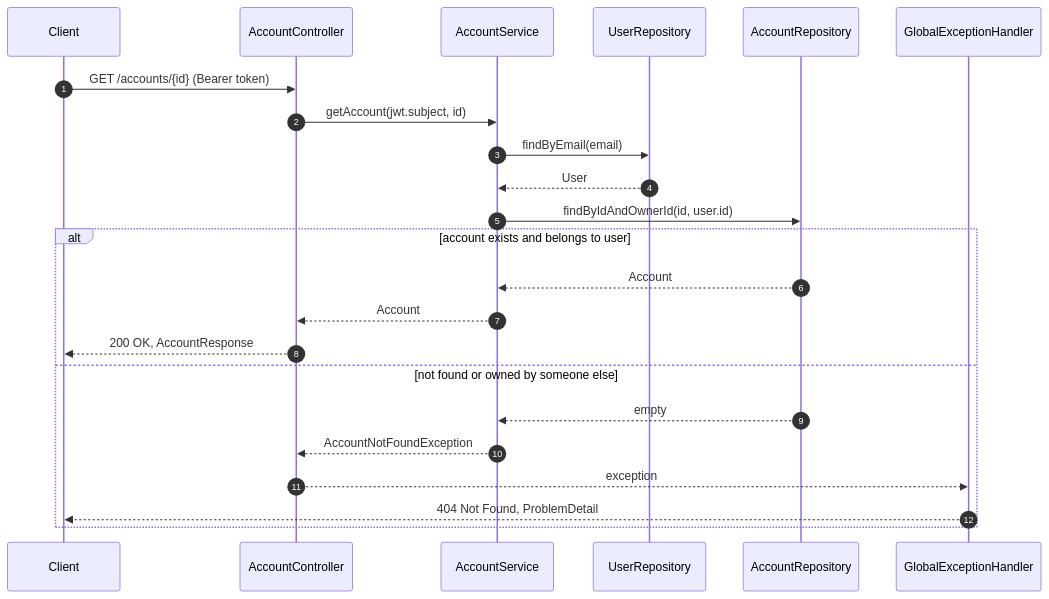
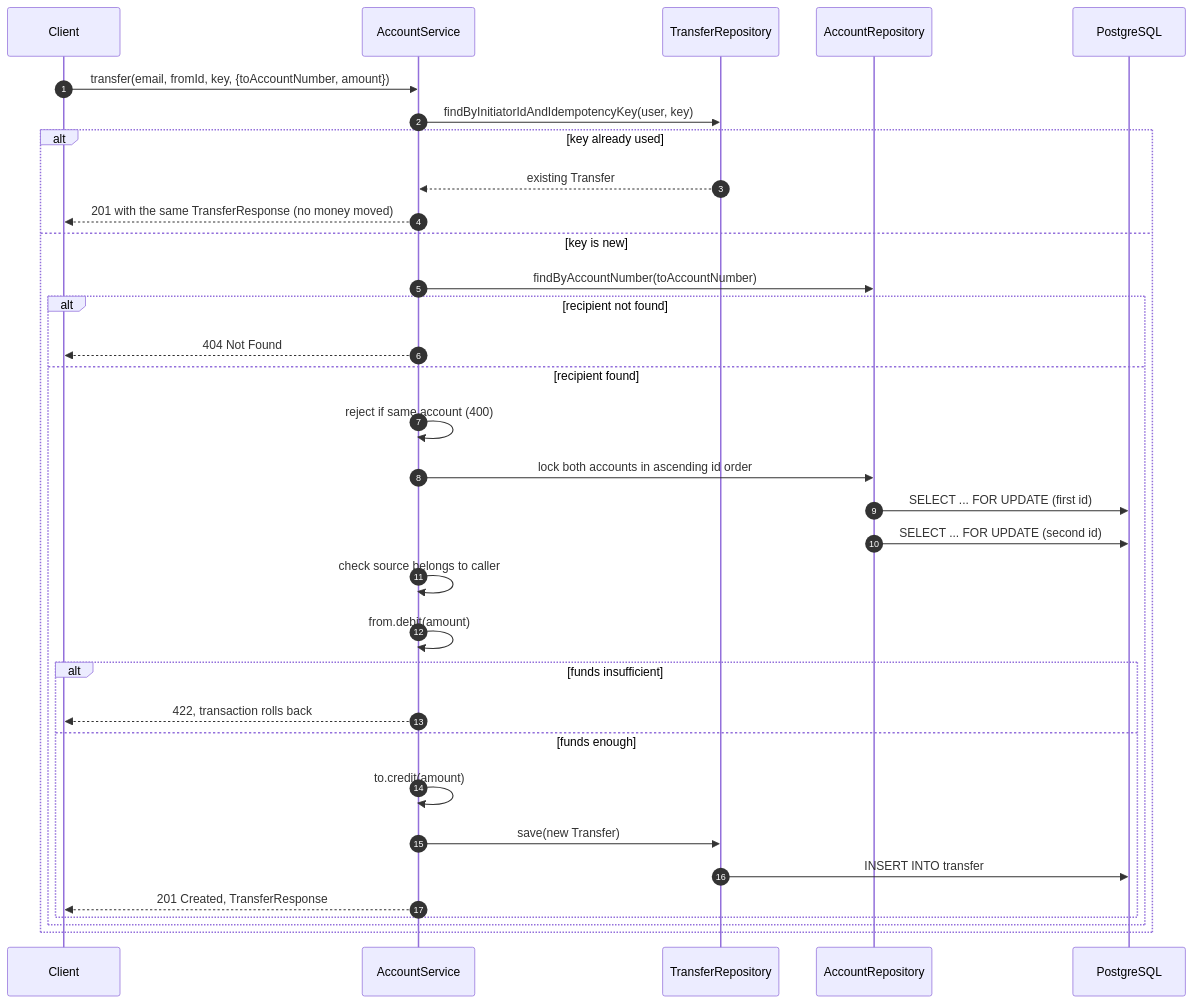
One commit to NikanEidi/ledgerlite changed the fifth of 6 diagrams in docs/02-accounts.md. Above: the diagram before and after it, drawn with Mermaid. The commit also changed other lines of this file and 15 other files, not shown here.

````diff
--- a/docs/02-accounts.md
+++ b/docs/02-accounts.md
@@ -151,26 +180,36 @@
 ```mermaid
 sequenceDiagram
     autonumber
     participant C as Client
-    participant CTRL as AccountController
     participant SVC as AccountService
-    participant UR as UserRepository
+    participant TR as TransferRepository
     participant AR as AccountRepository
-    participant GEH as GlobalExceptionHandler
+    participant DB as PostgreSQL
 
-    C->>CTRL: GET /accounts/{id} (Bearer token)
-    CTRL->>SVC: getAccount(jwt.subject, id)
-    SVC->>UR: findByEmail(email)
-    UR-->>SVC: User
-    SVC->>AR: findByIdAndOwnerId(id, user.id)
-    alt account exists and belongs to user
-        AR-->>SVC: Account
-        SVC-->>CTRL: Account
-        CTRL-->>C: 200 OK, AccountResponse
-    else not found or owned by someone else
-        AR-->>SVC: empty
-        SVC-->>CTRL: AccountNotFoundException
-        CTRL-->>GEH: exception
-        GEH-->>C: 404 Not Found, ProblemDetail
+    C->>SVC: transfer(email, fromId, key, {toAccountNumber, amount})
+    SVC->>TR: findByInitiatorIdAndIdempotencyKey(user, key)
+    alt key already used
+        TR-->>SVC: existing Transfer
+        SVC-->>C: 201 with the same TransferResponse (no money moved)
+    else key is new
+        SVC->>AR: findByAccountNumber(toAccountNumber)
+        alt recipient not found
+            SVC-->>C: 404 Not Found
+        else recipient found
+            SVC->>SVC: reject if same account (400)
+            SVC->>AR: lock both accounts in ascending id order
+            AR->>DB: SELECT ... FOR UPDATE (first id)
+            AR->>DB: SELECT ... FOR UPDATE (second id)
+            SVC->>SVC: check source belongs to caller
+            SVC->>SVC: from.debit(amount)
+            alt funds insufficient
+                SVC-->>C: 422, transaction rolls back
+            else funds enough
+                SVC->>SVC: to.credit(amount)
+                SVC->>TR: save(new Transfer)
+                TR->>DB: INSERT INTO transfer
+                SVC-->>C: 201 Created, TransferResponse
+            end
+        end
     end
 ```
````
